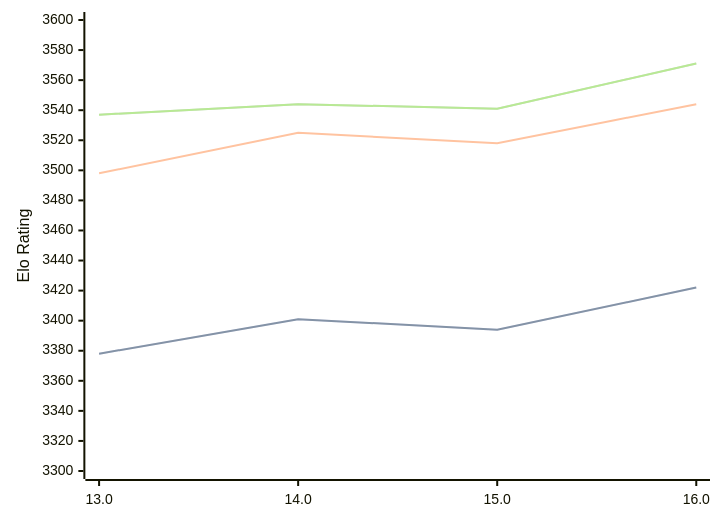
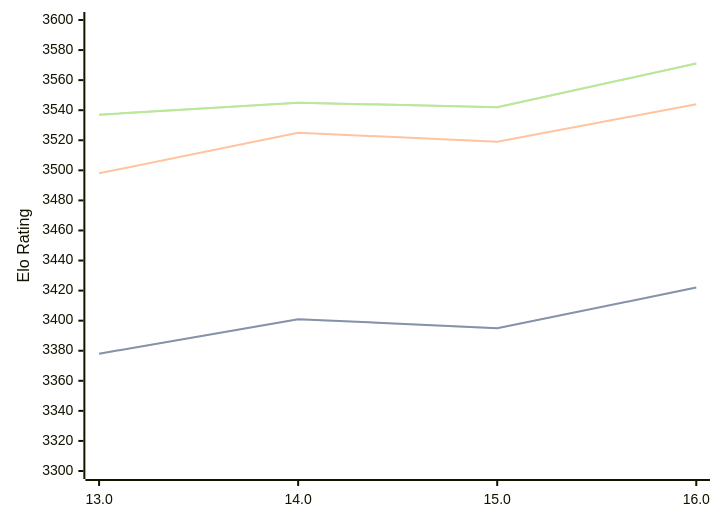
The third of 3 diagrams in engines/Obsidian.md (computer-chess-index/cci), drawn with Mermaid before and after one commit. The commit also changed other lines of this file, not shown here.

Commit message:
Update CCI Ratings (ELO VLTC) - 2026-07-17

````diff
--- a/engines/Obsidian.md
+++ b/engines/Obsidian.md
@@ -76,11 +76,11 @@
 ```mermaid
 %%{init: {"theme":"base","themeVariables":{"seriesColors:['#a3a3a3','#222221','#faa371']}}}%%
 xychart-beta
   x-axis ["13.0", "14.0", "15.0", "16.0"]
   y-axis "Elo Rating" 3300 --> 3600
-  line "STC (8.0+0.08s)" [3378, 3401, 3394, 3422]
-  line "STC (8.0+0.08s)" [3378, 3401, 3394, 3422]
-  line "LTC (60.0+0.60s)" [3498, 3525, 3518, 3544]
-  line "VLTC (2m24s+1.12s)" [3537, 3544, 3541, 3571]
-  line "VLTC (2m24s+1.12s)" [3537, 3544, 3541, 3571]
+  line "STC (8.0+0.08s)" [3378, 3401, 3395, 3422]
+  line "STC (8.0+0.08s)" [3378, 3401, 3395, 3422]
+  line "LTC (60.0+0.60s)" [3498, 3525, 3519, 3544]
+  line "VLTC (2m24s+1.12s)" [3537, 3545, 3542, 3571]
+  line "VLTC (2m24s+1.12s)" [3537, 3545, 3542, 3571]
 ```
````
